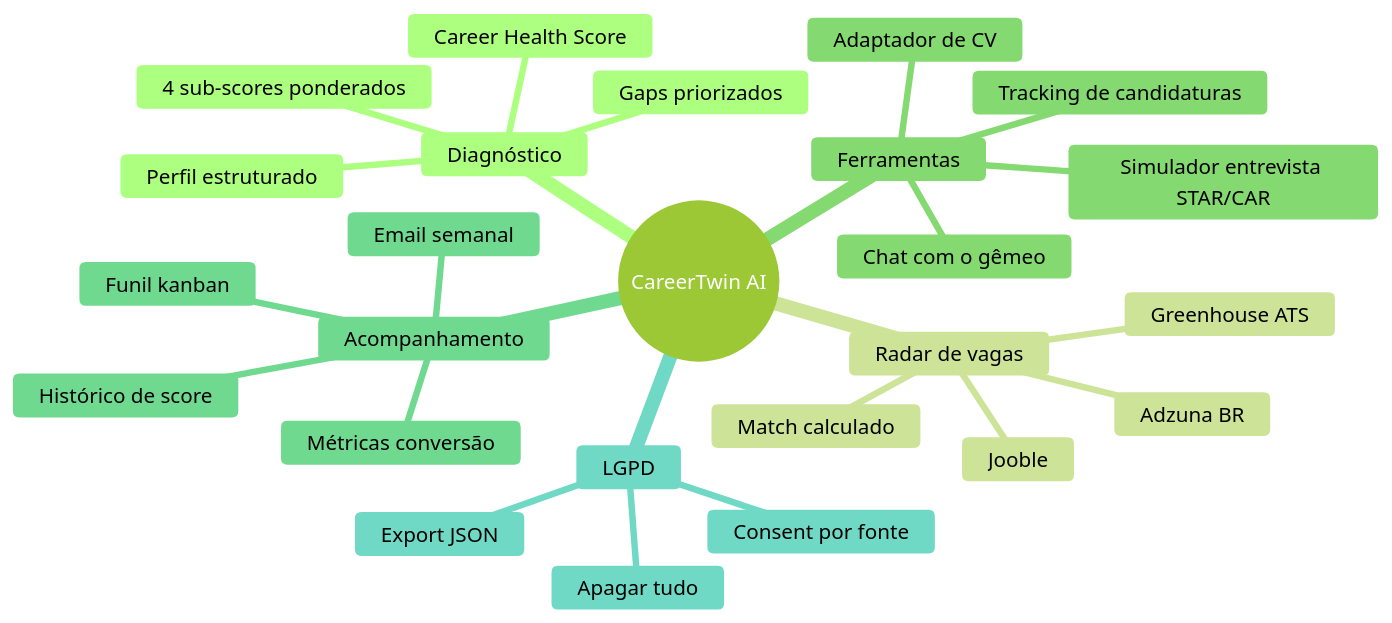
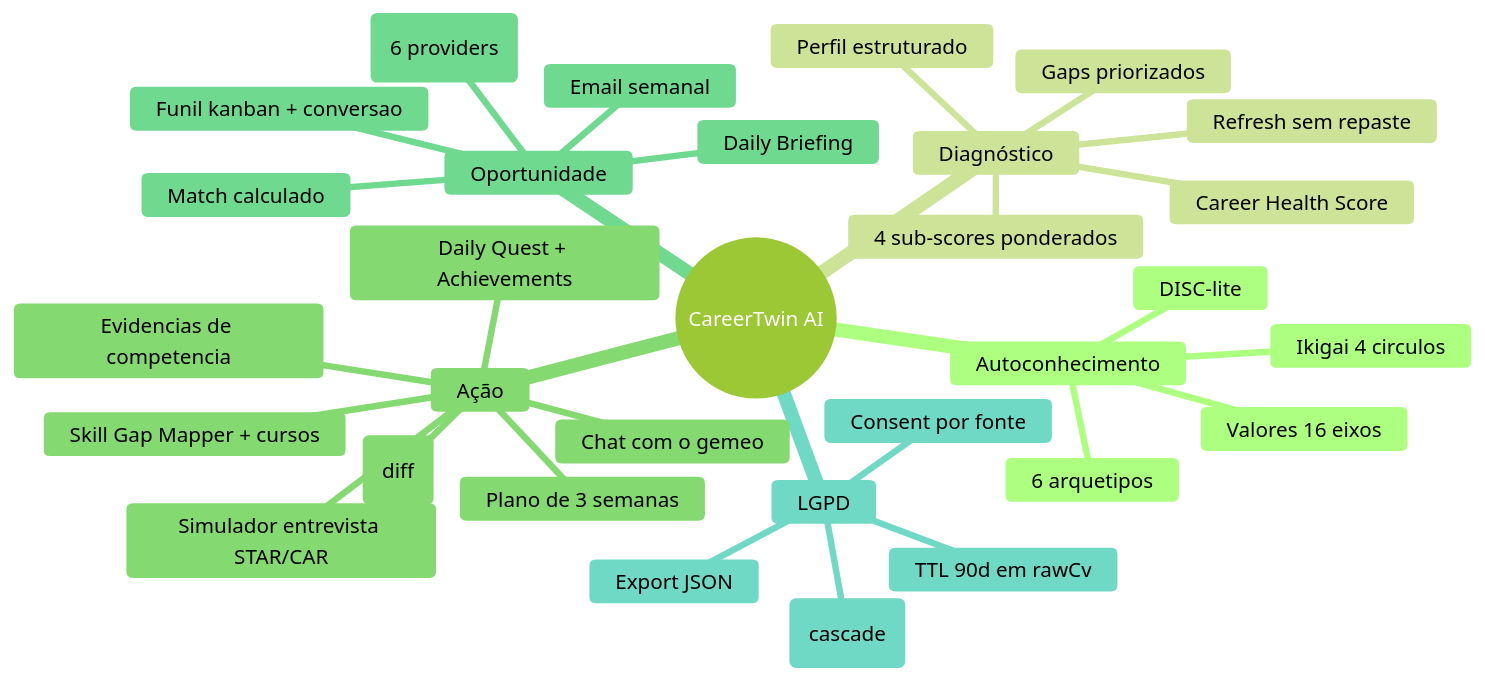
Before and after one commit to akamitatrush/CareerTwinAI: the first of 2 diagrams in docs/PRODUTO.md, drawn with Mermaid (forest theme). The commit also changed other lines of this file and 7 other files, not shown here.

````diff
--- a/docs/PRODUTO.md
+++ b/docs/PRODUTO.md
@@ -45,28 +47,34 @@
 ```mermaid
 mindmap
   root((CareerTwin AI))
+    Autoconhecimento
+      DISC-lite
+      Valores 16 eixos
+      Ikigai 4 circulos
+      6 arquetipos
     Diagnóstico
       Perfil estruturado
       Career Health Score
       4 sub-scores ponderados
       Gaps priorizados
-    Radar de vagas
-      Adzuna BR
-      Jooble
-      Greenhouse ATS
+      Refresh sem repaste
+    Ação
+      Skill Gap Mapper + cursos
+      Evidencias de competencia
+      Adaptador de CV (diff)
+      Simulador entrevista STAR/CAR
+      Chat com o gemeo
+      Plano de 3 semanas
+      Daily Quest + Achievements
+    Oportunidade
+      Radar de vagas (6 providers)
       Match calculado
-    Ferramentas
-      Adaptador de CV
-      Simulador entrevista STAR/CAR
-      Chat com o gêmeo
-      Tracking de candidaturas
-    Acompanhamento
-      Histórico de score
-      Funil kanban
-      Métricas conversão
+      Funil kanban + conversao
+      Daily Briefing
       Email semanal
     LGPD
       Consent por fonte
       Export JSON
-      Apagar tudo
+      TTL 90d em rawCv
+      Apagar tudo (cascade)
 ```
````
